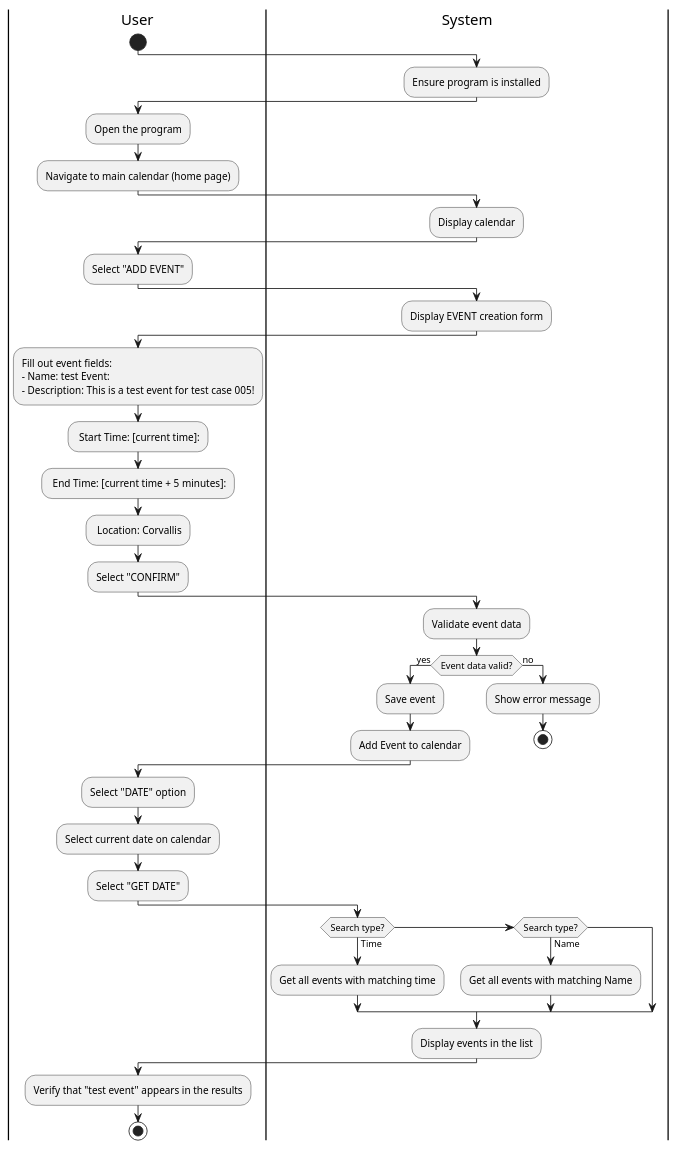
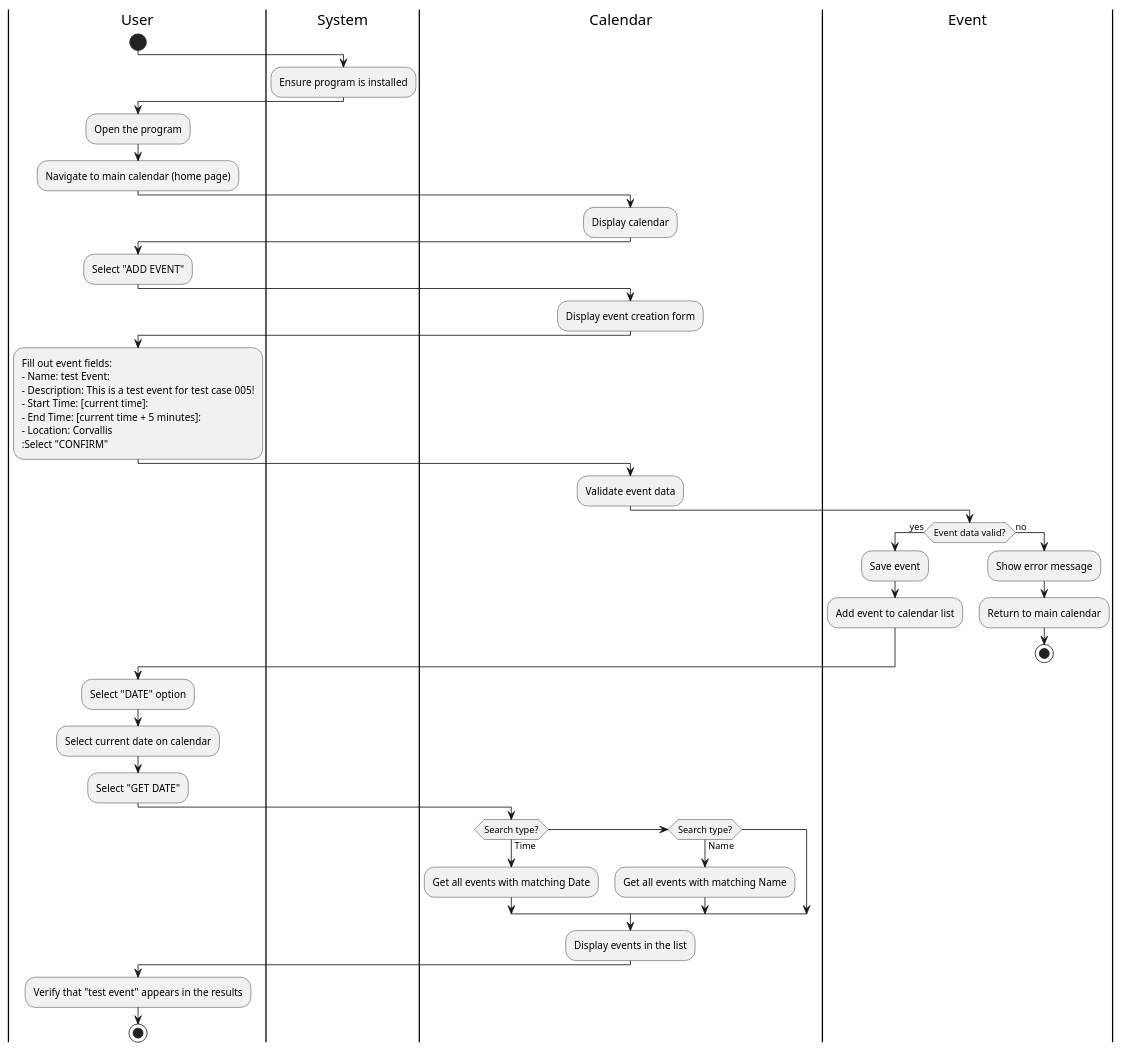
The diagram in assignment7/add_event.puml (CS361-2024Fall-Term/Innovators), drawn with PlantUML before and after one commit. The commit also changed 1 other file, not shown here.

Commit message:
add more details nd swimlanes to my diagrams

```diff
--- a/assignment7/add_event.puml
+++ b/assignment7/add_event.puml
@@ -1,59 +1,60 @@
 @startuml
 |User|
 start
 
 |System|
 :Ensure program is installed;
 
 |User|
 :Open the program;
 :Navigate to main calendar (home page);
 
-|System|
+|Calendar|
 :Display calendar;
 
 |User|
 :Select "ADD EVENT";
 
-|System|
-:Display EVENT creation form;
+|Calendar|
+:Display event creation form;
 
 |User|
 :Fill out event fields:
 - Name: test Event:
-- Description: This is a test event for test case 005!;
+- Description: This is a test event for test case 005!
 - Start Time: [current time]:
 - End Time: [current time + 5 minutes]:
 - Location: Corvallis
 :Select "CONFIRM";
 
-|System|
+|Calendar|
 :Validate event data;
 
-|System|
+|Event|
 if (Event data valid?) then (yes)
   :Save event;
-  :Add Event to calendar;
+  :Add event to calendar list;
 else (no)
   :Show error message;
+  :Return to main calendar;
   stop
 endif
 
 |User|
 :Select "DATE" option;
 :Select current date on calendar;
 :Select "GET DATE";
 
-|System|
+|Calendar|
 if (Search type?) then (Time)
-  :Get all events with matching time;
+  :Get all events with matching Date;
 elseif (Search type?) then (Name)
   :Get all events with matching Name;
 endif
 :Display events in the list;
 
 |User|
 :Verify that "test event" appears in the results;
 stop
 
 @enduml
```
